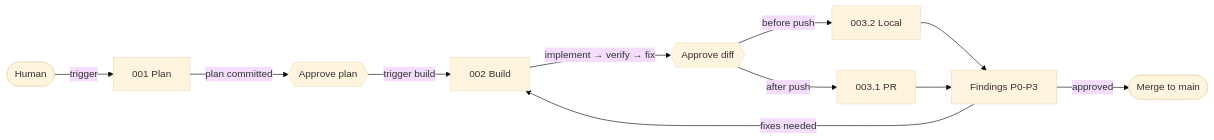
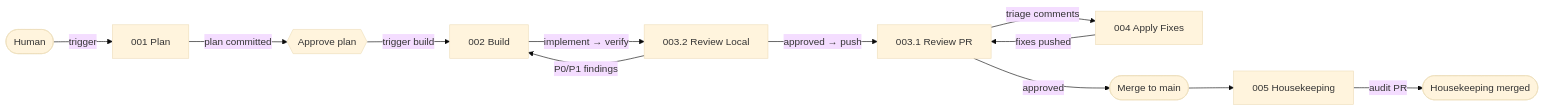
One commit to sneharao/claude-harness-mini changed the diagram in harness/dev-workflow/overview.md. Above: the diagram before and after it, drawn with Mermaid (base theme). The commit also changed other lines of this file and 10 other files, not shown here.

First line of the commit message:
Close the lifecycle loop — add apply-fixes + housekeeping stages

````diff
--- a/harness/dev-workflow/overview.md
+++ b/harness/dev-workflow/overview.md
@@ -31,13 +35,14 @@
 ```mermaid
 flowchart LR
     H1([Human]) -->|trigger| P[001 Plan]
     P -->|plan committed| H2{{Approve plan}}
     H2 -->|trigger build| B[002 Build]
-    B -->|"implement → verify → fix"| H3{{Approve diff}}
-    H3 -->|before push| RL[003.2 Local]
-    H3 -->|after push| RPR[003.1 PR]
-    RL --> F[Findings P0-P3]
-    RPR --> F
-    F -->|fixes needed| B
-    F -->|approved| M([Merge to main])
+    B -->|implement → verify| RL[003.2 Review Local]
+    RL -->|P0/P1 findings| B
+    RL -->|approved → push| RPR[003.1 Review PR]
+    RPR -->|triage comments| AF[004 Apply Fixes]
+    AF -->|fixes pushed| RPR
+    RPR -->|approved| M([Merge to main])
+    M --> HK[005 Housekeeping]
+    HK -->|audit PR| HKM([Housekeeping merged])
 ```
````
